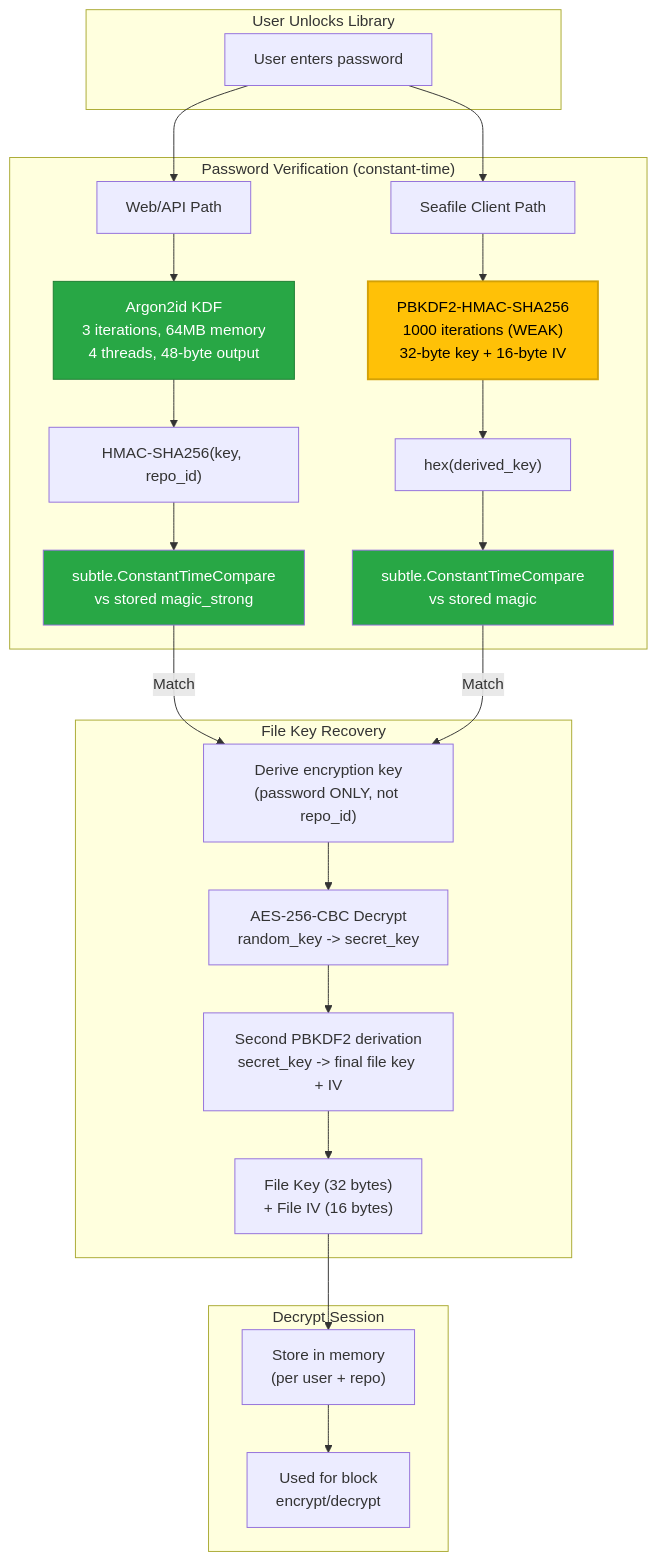
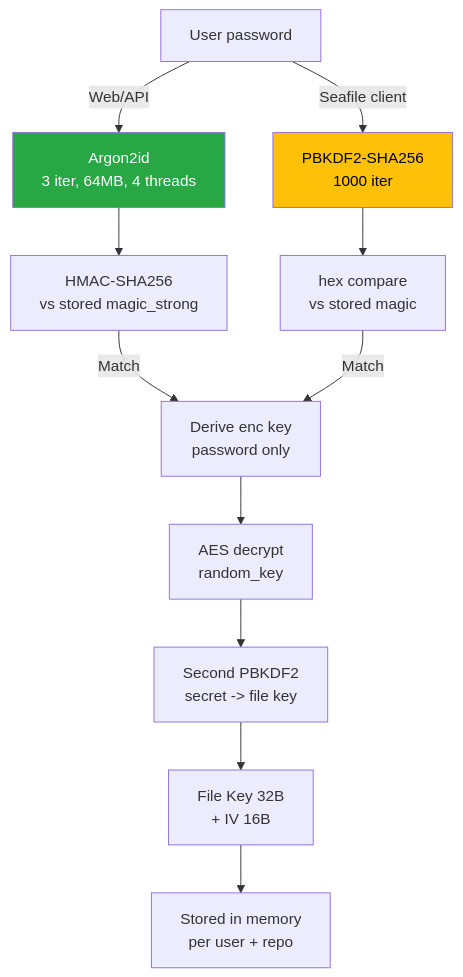
Before and after one commit to Sesame-Disk/cool-storage-api: the third of 4 diagrams in docs/diagrams/storage-layer.md, drawn with Mermaid. The commit also changed other lines of this file and 5 other files, not shown here.

Commit message:
Fix: mermaid diagram generator visibility. Adding diagrams and reviewing previous review fixes

````diff
--- a/docs/diagrams/storage-layer.md
+++ b/docs/diagrams/storage-layer.md
@@ -66,38 +51,21 @@
 ```mermaid
 flowchart TD
-    subgraph UserAction["User Unlocks Library"]
-        Password["User enters password"]
-    end
+    PW["User password"]
 
-    subgraph Verification["Password Verification (constant-time)"]
-        Password --> StrongPath["Web/API Path"]
-        Password --> CompatPath["Seafile Client Path"]
+    PW -->|Web/API| Argon["Argon2id<br/>3 iter, 64MB, 4 threads"]
+    PW -->|Seafile client| PBKDF["PBKDF2-SHA256<br/>1000 iter"]
 
-        StrongPath --> Argon2["Argon2id KDF<br/>3 iterations, 64MB memory<br/>4 threads, 48-byte output"]
-        CompatPath --> PBKDF2["PBKDF2-HMAC-SHA256<br/>1000 iterations (WEAK)<br/>32-byte key + 16-byte IV"]
+    Argon --> Magic1["HMAC-SHA256<br/>vs stored magic_strong"]
+    PBKDF --> Magic2["hex compare<br/>vs stored magic"]
 
-        Argon2 --> ComputeMagic1["HMAC-SHA256(key, repo_id)"]
-        PBKDF2 --> ComputeMagic2["hex(derived_key)"]
+    Magic1 -->|Match| Derive["Derive enc key<br/>password only"]
+    Magic2 -->|Match| Derive
 
-        ComputeMagic1 --> ConstantCompare["subtle.ConstantTimeCompare<br/>vs stored magic_strong"]
-        ComputeMagic2 --> ConstantCompare2["subtle.ConstantTimeCompare<br/>vs stored magic"]
-    end
+    Derive --> DecFK["AES decrypt<br/>random_key"]
+    DecFK --> SecondKDF["Second PBKDF2<br/>secret -> file key"]
+    SecondKDF --> FK["File Key 32B<br/>+ IV 16B"]
+    FK --> Memory["Stored in memory<br/>per user + repo"]
 
-    subgraph KeyDecrypt["File Key Recovery"]
-        ConstantCompare -->|"Match"| DeriveEncKey["Derive encryption key<br/>(password ONLY, not repo_id)"]
-        ConstantCompare2 -->|"Match"| DeriveEncKey
-        DeriveEncKey --> DecryptRandomKey["AES-256-CBC Decrypt<br/>random_key -> secret_key"]
-        DecryptRandomKey --> SecondDerivation["Second PBKDF2 derivation<br/>secret_key -> final file key + IV"]
-        SecondDerivation --> FileKey["File Key (32 bytes)<br/>+ File IV (16 bytes)"]
-    end
-
-    subgraph Usage["Decrypt Session"]
-        FileKey --> StoreInMemory["Store in memory<br/>(per user + repo)"]
-        StoreInMemory --> DecryptBlocks["Used for block<br/>encrypt/decrypt"]
-    end
-
-    style PBKDF2 fill:#ffc107,color:#000,stroke:#d4a106,stroke-width:2px
-    style Argon2 fill:#28a745,color:#fff,stroke:#1e7e34
-    style ConstantCompare fill:#28a745,color:#fff
-    style ConstantCompare2 fill:#28a745,color:#fff
+    style PBKDF fill:#ffc107,color:#000
+    style Argon fill:#28a745,color:#fff
 ```
````
